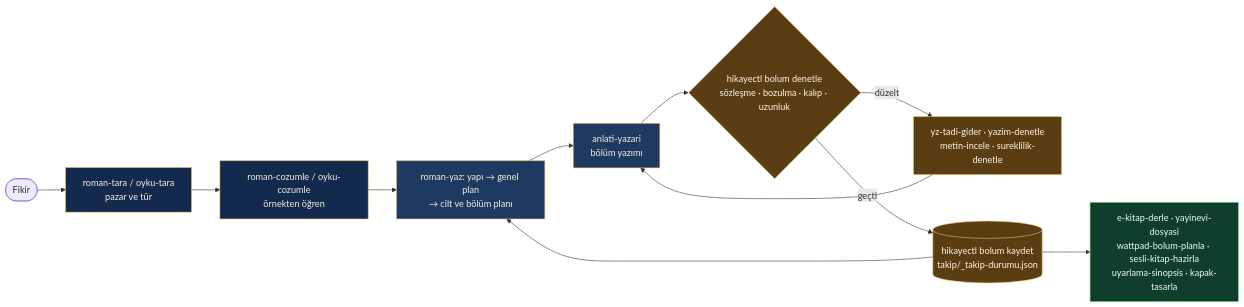
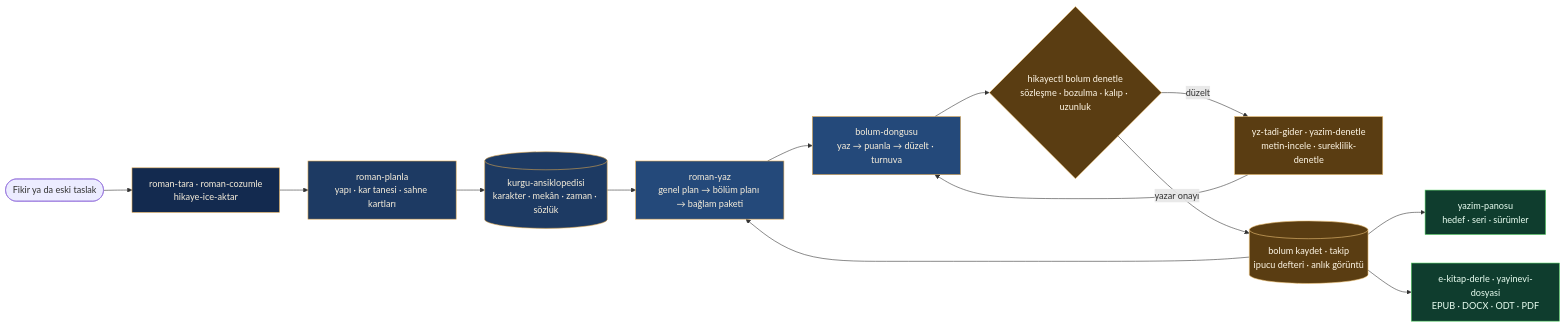
The diagram in README.md (cumabozkurt/ai-hikaye-roman-olusturma), drawn with Mermaid before and after one commit. The commit also changed other lines of this file and 14 other files, not shown here.

````diff
--- a/README.md
+++ b/README.md
@@ -216,18 +263,21 @@
 ```mermaid
 flowchart LR
     classDef tara fill:#132a4f,stroke:#e0a84f,color:#f7eedb
-    classDef yaz fill:#1d3a63,stroke:#e0a84f,color:#f7eedb
+    classDef plan fill:#1d3a63,stroke:#e0a84f,color:#f7eedb
+    classDef yaz fill:#24497a,stroke:#e0a84f,color:#f7eedb
     classDef denet fill:#5a3d12,stroke:#f3c77a,color:#fff7e6
     classDef yayin fill:#0f3d2e,stroke:#56d364,color:#eafff2
 
-    A([Fikir]) --> T[roman-tara / oyku-tara<br/>pazar ve tür]:::tara
-    T --> C[roman-cozumle / oyku-cozumle<br/>örnekten öğren]:::tara
-    C --> P[roman-yaz: yapı → genel plan<br/>→ cilt ve bölüm planı]:::yaz
-    P --> W[anlati-yazari<br/>bölüm yazımı]:::yaz
-    W --> G{hikayectl bolum denetle<br/>sözleşme · bozulma · kalıp · uzunluk}:::denet
+    A([Fikir ya da eski taslak]) --> T[roman-tara · roman-cozumle<br/>hikaye-ice-aktar]:::tara
+    T --> P[roman-planla<br/>yapı · kar tanesi · sahne kartları]:::plan
+    P --> B[(kurgu-ansiklopedisi<br/>karakter · mekân · zaman · sözlük)]:::plan
+    B --> R[roman-yaz<br/>genel plan → bölüm planı → bağlam paketi]:::yaz
+    R --> D[bolum-dongusu<br/>yaz → puanla → düzelt · turnuva]:::yaz
+    D --> G{hikayectl bolum denetle<br/>sözleşme · bozulma · kalıp · uzunluk}:::denet
     G -- düzelt --> Y[yz-tadi-gider · yazim-denetle<br/>metin-incele · sureklilik-denetle]:::denet
-    Y --> W
-    G -- geçti --> K[(hikayectl bolum kaydet<br/>takip/_takip-durumu.json)]:::denet
-    K --> P
-    K --> E[e-kitap-derle · yayinevi-dosyasi<br/>wattpad-bolum-planla · sesli-kitap-hazirla<br/>uyarlama-sinopsis · kapak-tasarla]:::yayin
+    Y --> D
+    G -- yazar onayı --> K[(bolum kaydet · takip<br/>ipucu defteri · anlık görüntü)]:::denet
+    K --> S[yazim-panosu<br/>hedef · seri · sürümler]:::yayin
+    K --> R
+    K --> E[e-kitap-derle · yayinevi-dosyasi<br/>EPUB · DOCX · ODT · PDF]:::yayin
 ```
````
